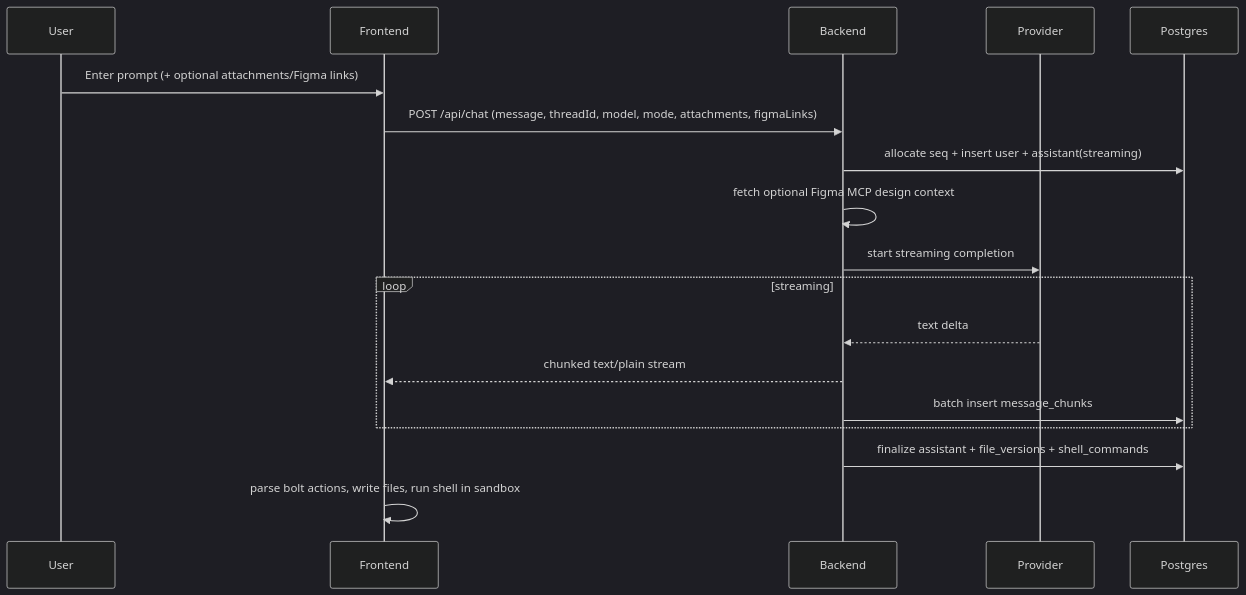
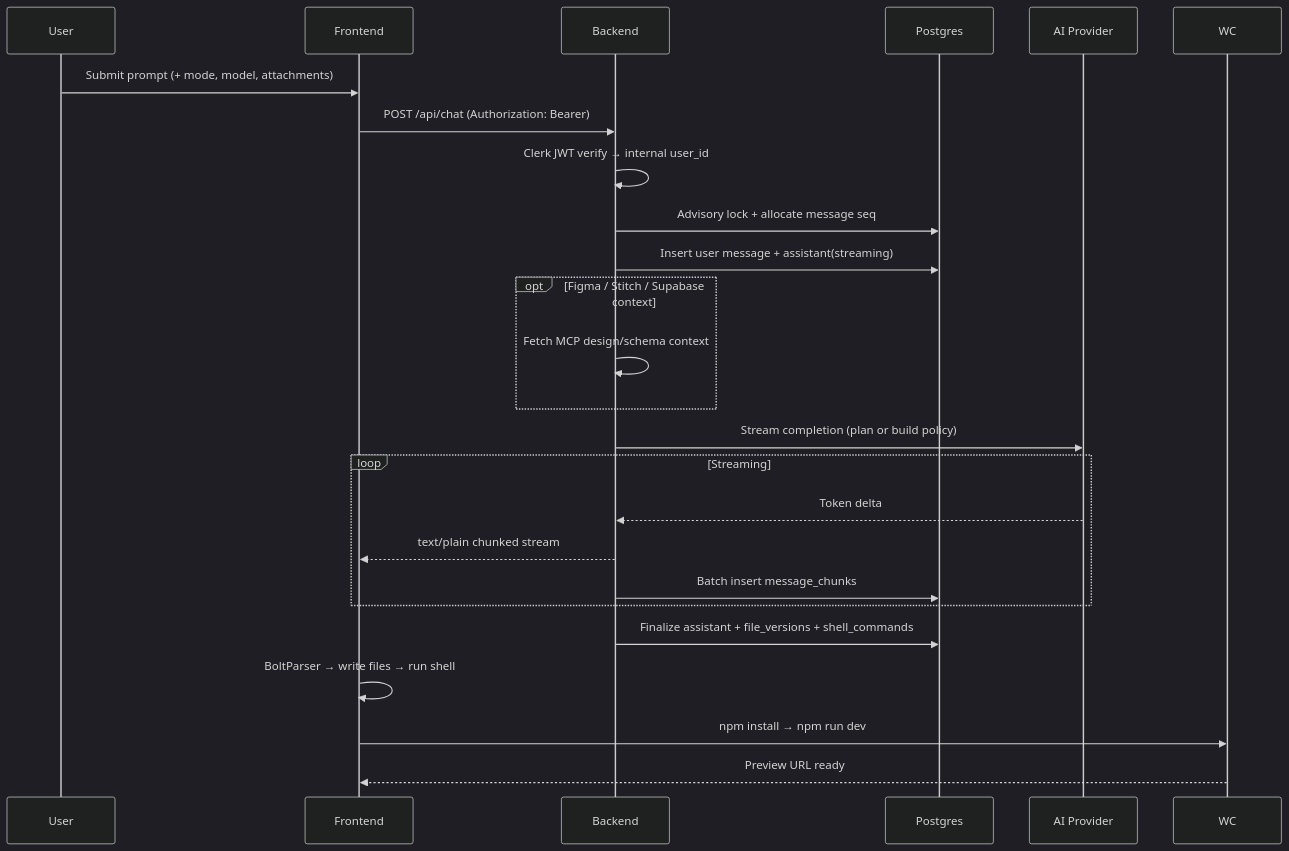
The fourth of 20 diagrams in README.md (SpiritOfKedar/nextgen), drawn with Mermaid (dark theme) before and after one commit. The commit also changed other lines of this file and 1 other file, not shown here.

Commit message:
fix: update SMTP email service configuration and improve invitation email formatting for better clarity and user experience

````diff
--- a/README.md
+++ b/README.md
@@ -122,21 +307,27 @@
 ```mermaid
 sequenceDiagram
-  participant User
-  participant FE as Frontend
-  participant BE as Backend
-  participant LLM as Provider
-  participant DB as Postgres
+    participant U as User
+    participant FE as Frontend
+    participant BE as Backend
+    participant DB as Postgres
+    participant LLM as AI Provider
 
-  User->>FE: Enter prompt (+ optional attachments/Figma links)
-  FE->>BE: POST /api/chat (message, threadId, model, mode, attachments, figmaLinks)
-  BE->>DB: allocate seq + insert user + assistant(streaming)
-  BE->>BE: fetch optional Figma MCP design context
-  BE->>LLM: start streaming completion
-  loop streaming
-    LLM-->>BE: text delta
-    BE-->>FE: chunked text/plain stream
-    BE->>DB: batch insert message_chunks
-  end
-  BE->>DB: finalize assistant + file_versions + shell_commands
-  FE->>FE: parse bolt actions, write files, run shell in sandbox
+    U->>FE: Submit prompt (+ mode, model, attachments)
+    FE->>BE: POST /api/chat (Authorization: Bearer)
+    BE->>BE: Clerk JWT verify → internal user_id
+    BE->>DB: Advisory lock + allocate message seq
+    BE->>DB: Insert user message + assistant(streaming)
+    opt Figma / Stitch / Supabase context
+        BE->>BE: Fetch MCP design/schema context
+    end
+    BE->>LLM: Stream completion (plan or build policy)
+    loop Streaming
+        LLM-->>BE: Token delta
+        BE-->>FE: text/plain chunked stream
+        BE->>DB: Batch insert message_chunks
+    end
+    BE->>DB: Finalize assistant + file_versions + shell_commands
+    FE->>FE: BoltParser → write files → run shell
+    FE->>WC: npm install → npm run dev
+    WC-->>FE: Preview URL ready
 ```
````
